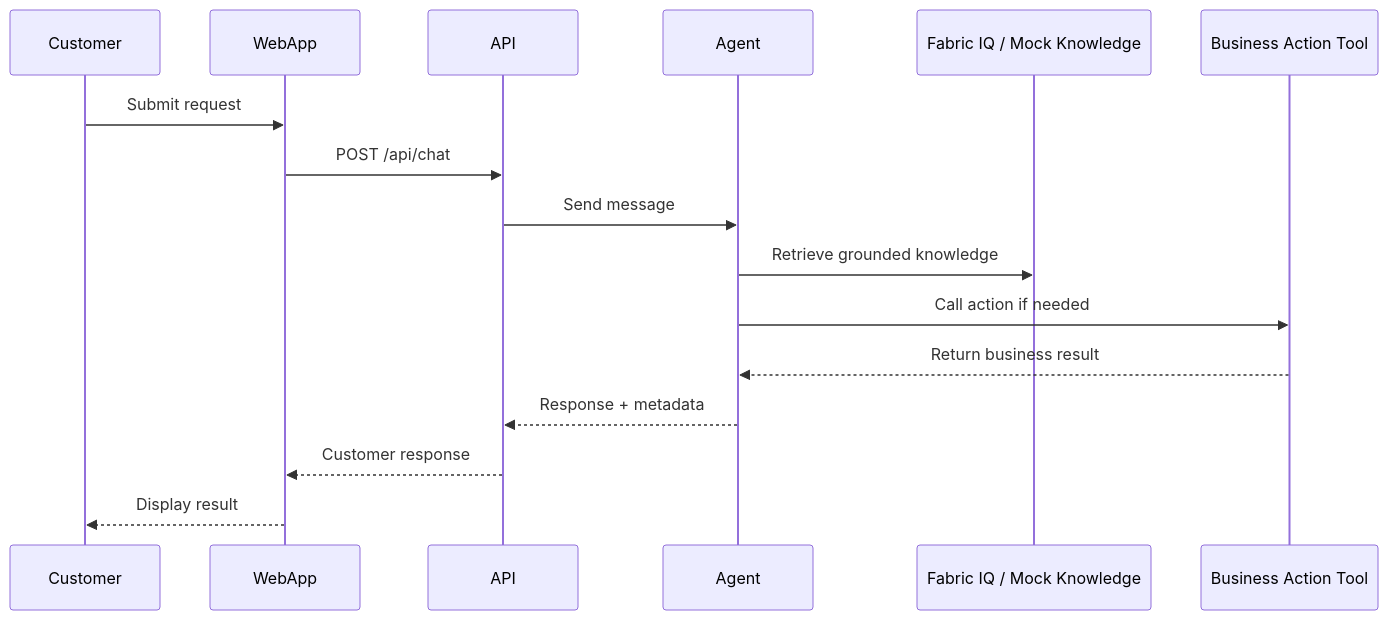
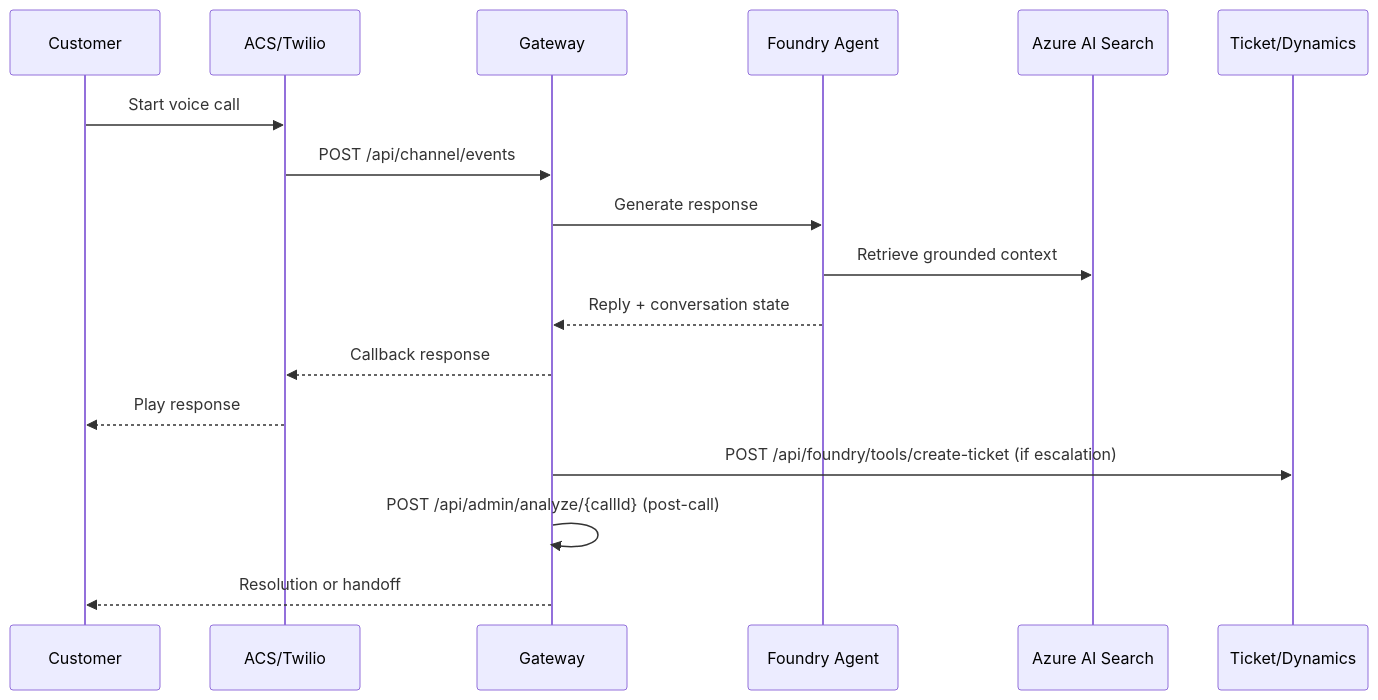
Before and after one commit to Liminghao0922/workshop-intelligent-customer-operations: the diagram in docs/architecture/sequence-flow.md, drawn with Mermaid. The commit also changed 94 other files, not shown here.

````diff
--- a/docs/architecture/sequence-flow.md
+++ b/docs/architecture/sequence-flow.md
@@ -3,19 +3,20 @@
 ```mermaid
 sequenceDiagram
     participant Customer
-    participant WebApp
-    participant API
-    participant Agent
-    participant Knowledge as Fabric IQ / Mock Knowledge
-    participant Tool as Business Action Tool
+    participant Channel as ACS/Twilio
+    participant Gateway
+    participant Foundry as Foundry Agent
+    participant Knowledge as Azure AI Search
+    participant Ticket as Ticket/Dynamics
 
-    Customer->>WebApp: Submit request
-    WebApp->>API: POST /api/chat
-    API->>Agent: Send message
-    Agent->>Knowledge: Retrieve grounded knowledge
-    Agent->>Tool: Call action if needed
-    Tool-->>Agent: Return business result
-    Agent-->>API: Response + metadata
-    API-->>WebApp: Customer response
-    WebApp-->>Customer: Display result
+    Customer->>Channel: Start voice call
+    Channel->>Gateway: POST /api/channel/events
+    Gateway->>Foundry: Generate response
+    Foundry->>Knowledge: Retrieve grounded context
+    Foundry-->>Gateway: Reply + conversation state
+    Gateway-->>Channel: Callback response
+    Channel-->>Customer: Play response
+    Gateway->>Ticket: POST /api/foundry/tools/create-ticket (if escalation)
+    Gateway->>Gateway: POST /api/admin/analyze/{callId} (post-call)
+    Gateway-->>Customer: Resolution or handoff
 ```
````
